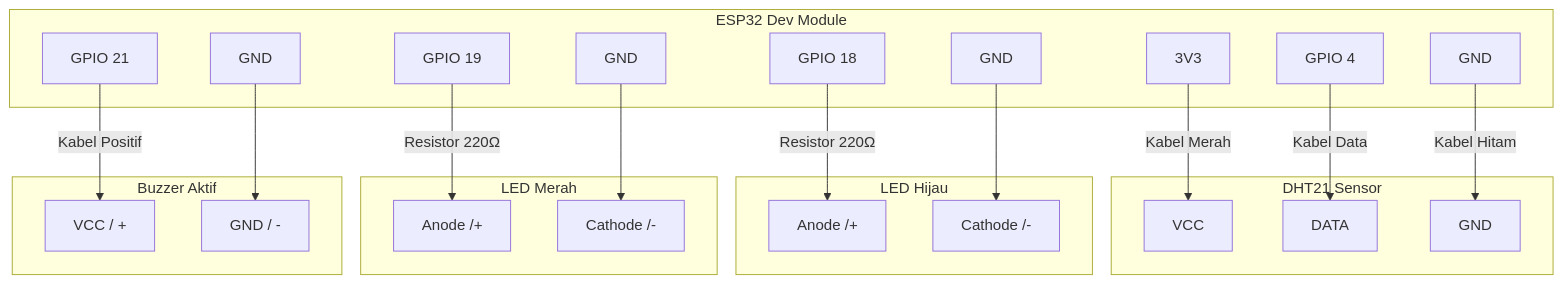
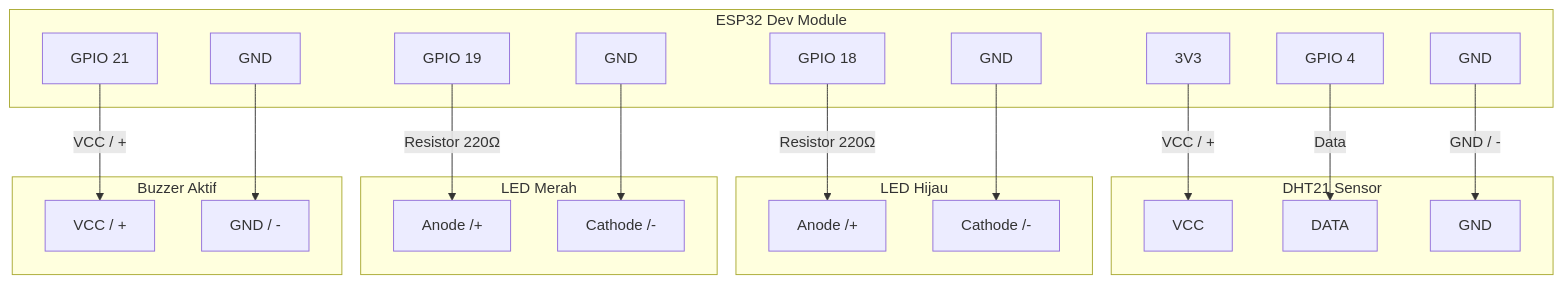
The diagram in esp32/README.md (boyishwara/omaggot), drawn with Mermaid before and after one commit. The commit also changed other lines of this file, not shown here.

````diff
--- a/esp32/README.md
+++ b/esp32/README.md
@@ -31,48 +31,48 @@
 ```mermaid
 graph TD
     subgraph ESP32 [ESP32 Dev Module]
         3V3[3V3]
         GND1[GND]
         GND2[GND]
         GND3[GND]
         GND4[GND]
         D4[GPIO 4]
         D18[GPIO 18]
         D19[GPIO 19]
         D21[GPIO 21]
     end
 
     subgraph DHT [DHT21 Sensor]
         VCC_DHT[VCC]
         DATA_DHT[DATA]
         GND_DHT[GND]
     end
 
     subgraph LED_G [LED Hijau]
         ANODE_G[Anode /+]
         CATHODE_G[Cathode /-]
     end
 
     subgraph LED_R [LED Merah]
         ANODE_R[Anode /+]
         CATHODE_R[Cathode /-]
     end
 
     subgraph BUZZER [Buzzer Aktif]
         VCC_B[VCC / +]
         GND_B[GND / -]
     end
 
-    3V3 -->|Kabel Merah| VCC_DHT
-    D4 -->|Kabel Data| DATA_DHT
-    GND1 -->|Kabel Hitam| GND_DHT
+    3V3 -->|VCC / +| VCC_DHT
+    D4 -->|Data| DATA_DHT
+    GND1 -->|GND / -| GND_DHT
 
     D18 -->|Resistor 220Ω| ANODE_G
     GND2 --> CATHODE_G
 
     D19 -->|Resistor 220Ω| ANODE_R
     GND3 --> CATHODE_R
 
-    D21 -->|Kabel Positif| VCC_B
+    D21 -->|VCC / +| VCC_B
     GND4 --> GND_B
 ```
````
